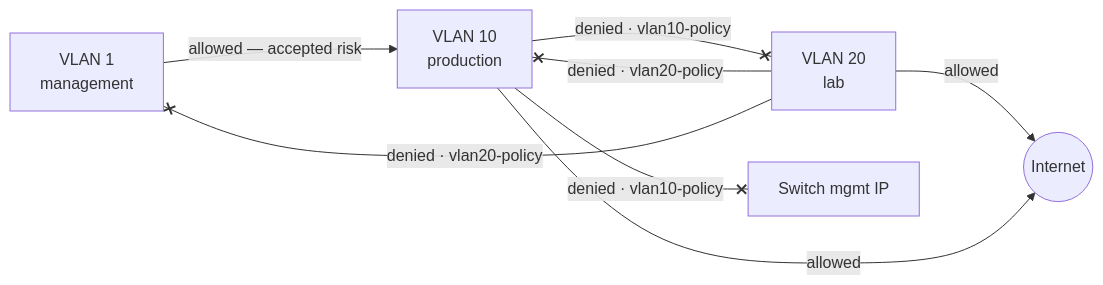
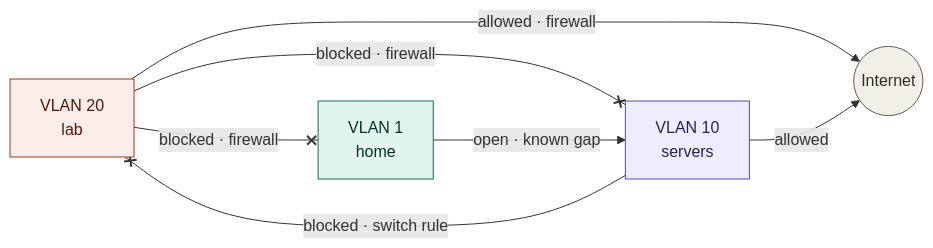
Before and after one commit to gibbsthedev/homelab: the third of 4 diagrams in README.md, drawn with Mermaid. The commit also changed other lines of this file, not shown here.

````diff
--- a/README.md
+++ b/README.md
@@ -61,18 +156,23 @@
 ```mermaid
 flowchart LR
-    v1["VLAN 1<br/>management"]
-    v10["VLAN 10<br/>production"]
-    v20["VLAN 20<br/>lab"]
-    mgmt["Switch mgmt IP"]
+    lab["VLAN 20<br/>lab"]
+    srv["VLAN 10<br/>servers"]
+    home["VLAN 1<br/>home"]
     net(("Internet"))
 
-    v20 --x|"denied · vlan20-policy"| v10
-    v20 --x|"denied · vlan20-policy"| v1
-    v20 -->|"allowed"| net
+    lab -->|"allowed · firewall"| net
+    lab --x|"blocked · firewall"| srv
+    lab --x|"blocked · firewall"| home
+    srv -->|"allowed"| net
+    srv --x|"blocked · switch rule"| lab
+    home -->|"open · known gap"| srv
 
-    v10 --x|"denied · vlan10-policy"| v20
-    v10 --x|"denied · vlan10-policy"| mgmt
-    v10 -->|"allowed"| net
-
-    v1 -->|"allowed — accepted risk"| v10
+    classDef labc fill:#FAECE7,stroke:#993C1D,color:#4A1B0C
+    classDef homec fill:#E1F5EE,stroke:#0F6E56,color:#04342C
+    classDef srvc fill:#EEEDFE,stroke:#534AB7,color:#26215C
+    classDef edge fill:#F1EFE8,stroke:#5F5E5A,color:#2C2C2A
+    class lab labc
+    class home homec
+    class srv srvc
+    class net edge
 ```
````
